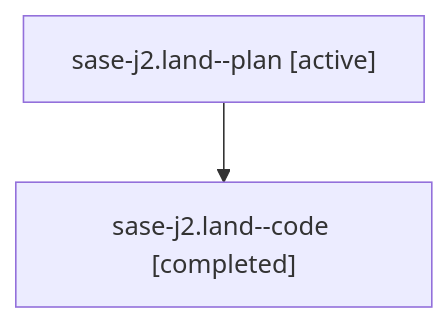
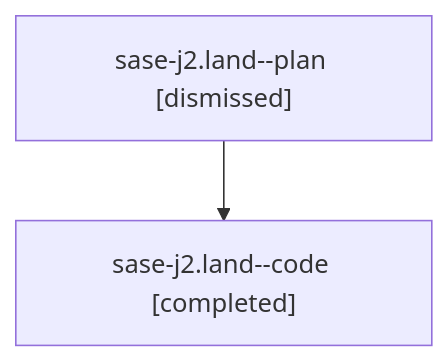
The diagram in sessions/bbugyi200.athena.sase-j2.land.md (sase-org/sase--agents), drawn with Mermaid before and after one commit. The commit also changed other lines of this file and 72 other files, not shown here.

````diff
--- a/sessions/bbugyi200.athena.sase-j2.land.md
+++ b/sessions/bbugyi200.athena.sase-j2.land.md
@@ -9,6 +9,6 @@
 ```mermaid
 flowchart TD
-  n0["sase-j2.land--plan [active]"]
+  n0["sase-j2.land--plan [dismissed]"]
   n1["sase-j2.land--code [completed]"]
   n0 --> n1
 ```
````
